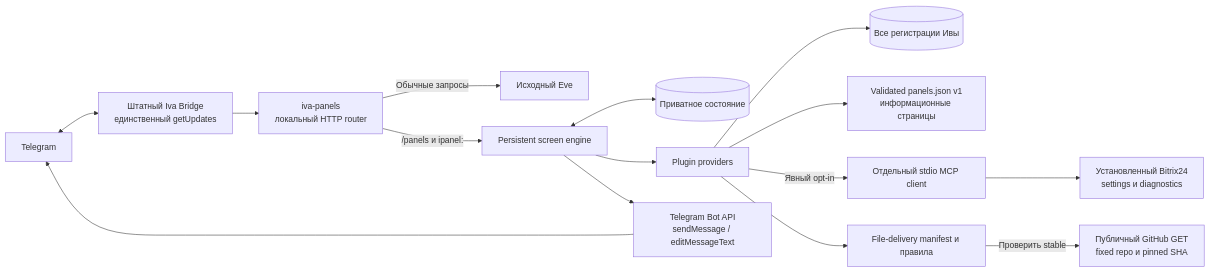
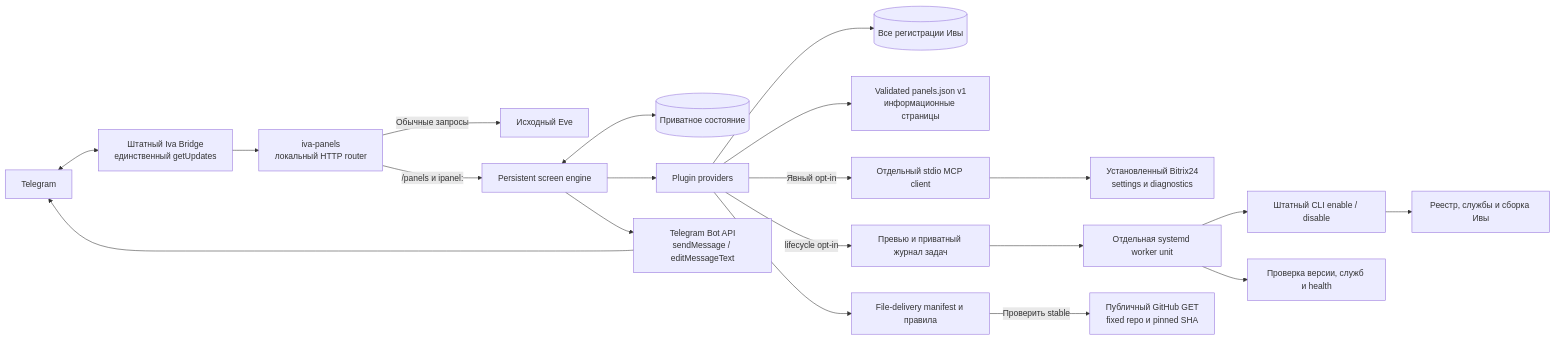
Before and after one commit to mamysh/iva-panels: the first of 2 diagrams in docs/ARCHITECTURE.md, drawn with Mermaid. The commit also changed other lines of this file and 25 other files, not shown here.

Commit message:
Add opt-in native plugin enable and disable with durable jobs

````diff
--- a/docs/ARCHITECTURE.md
+++ b/docs/ARCHITECTURE.md
@@ -5,23 +5,28 @@
 ```mermaid
 flowchart LR
     T[Telegram] <--> B[Штатный Iva Bridge
 единственный getUpdates]
     B --> R[iva-panels
 локальный HTTP router]
     R -->|Обычные запросы| E[Исходный Eve]
     R -->|/panels и ipanel:| S[Persistent screen engine]
     S <--> D[(Приватное состояние)]
     S --> P[Plugin providers]
     P --> I[(Все регистрации Ивы)]
     P --> V[Validated panels.json v1
 информационные страницы]
     P -->|Явный opt-in| C[Отдельный stdio MCP client]
     C --> X[Установленный Bitrix24
 settings и diagnostics]
+    P -->|lifecycle opt-in| L[Превью и приватный журнал задач]
+    L --> W[Отдельная systemd worker unit]
+    W --> N[Штатный CLI enable / disable]
+    N --> U[Реестр, службы и сборка Ивы]
+    W --> H[Проверка версии, служб и health]
     P --> F[File-delivery manifest и правила]
     F -->|Проверить stable| G[Публичный GitHub GET
 fixed repo и pinned SHA]
     S --> A[Telegram Bot API
 sendMessage / editMessageText]
     A --> T
 ```
````
